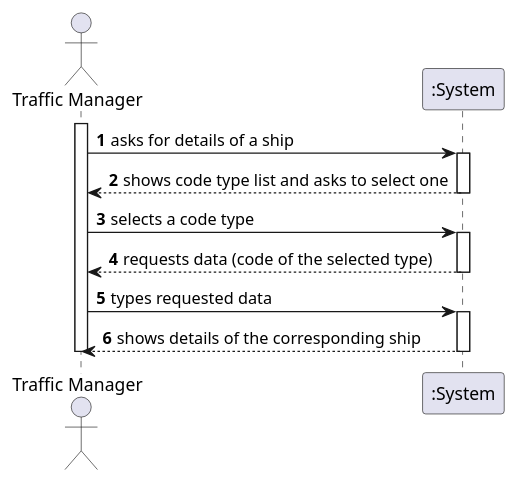
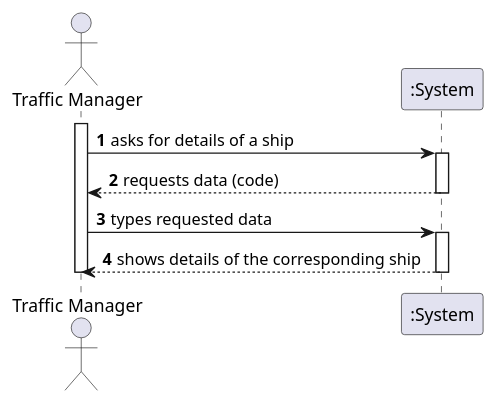
Before and after one commit to 1190772/LAB-Project-3: the diagram in docs/Sprint 1/US/US102/US102_SSD.puml, drawn with PlantUML. The commit also changed 6 other files, not shown here.

```diff
--- a/docs/Sprint 1/US/US102/US102_SSD.puml
+++ b/docs/Sprint 1/US/US102/US102_SSD.puml
@@ -1,28 +1,24 @@
 @startuml
 'https://plantuml.com/sequence-diagram
 
 autonumber
 
 actor "Traffic Manager" as TM
 
 activate TM
 TM -> ":System" : asks for details of a ship
 
 activate ":System"
-":System" --> TM : shows code type list and asks to select one
-deactivate ":System"
-TM -> ":System" : selects a code type
-activate ":System"
 
-":System" --> TM : requests data (code of the selected type)
+":System" --> TM : requests data (code)
 deactivate ":System"
 
 TM -> ":System" : types requested data
 
 activate ":System"
 ":System" --> TM : shows details of the corresponding ship
 deactivate ":System"
 
 deactivate TM
 
 @enduml
```
